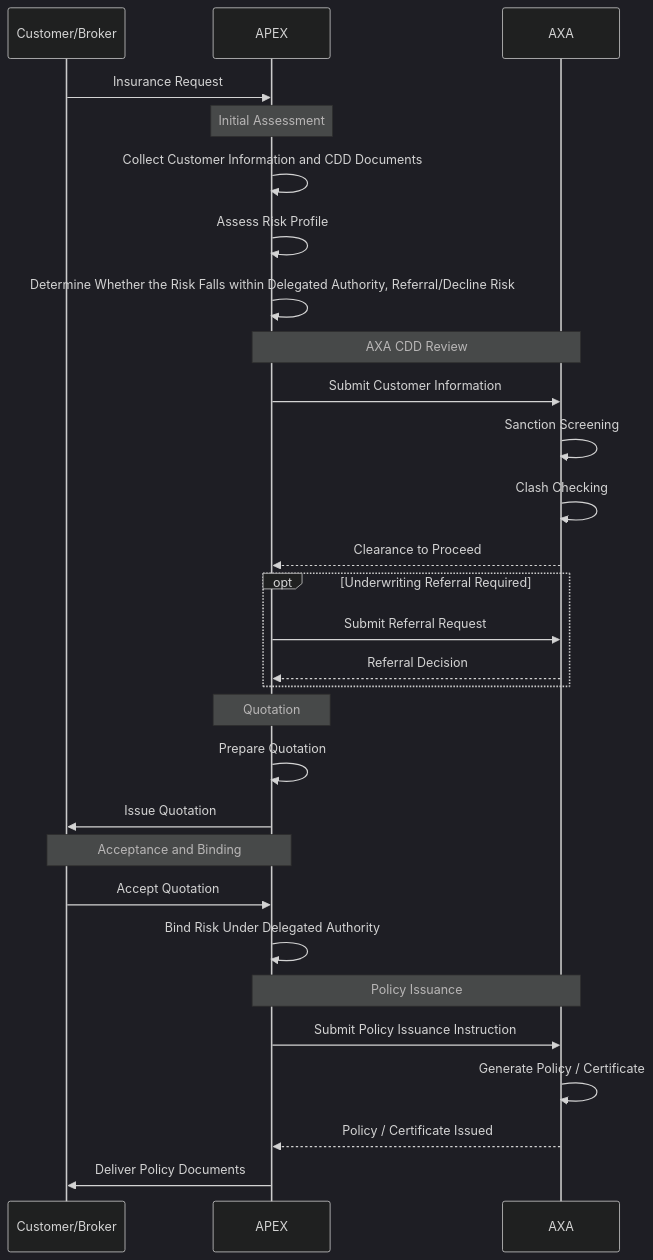
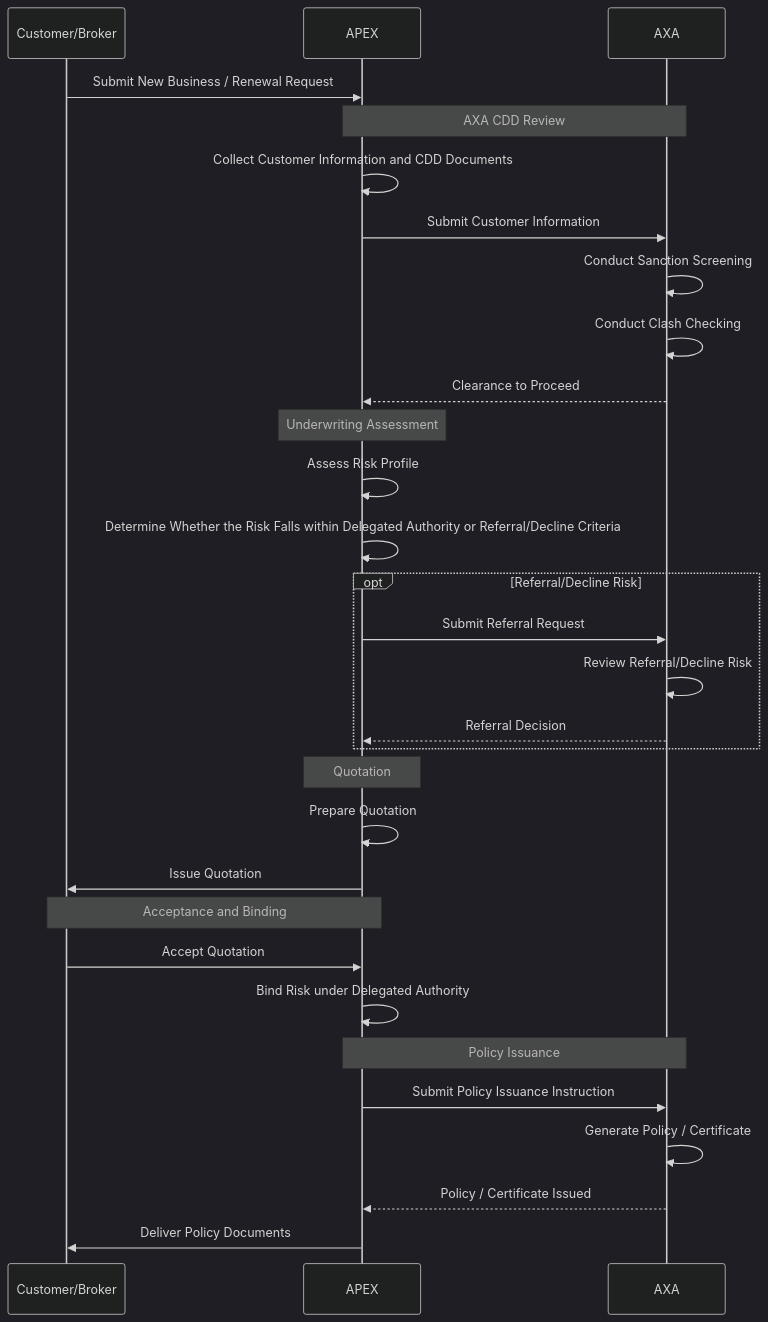
The diagram in Apex.md (raymwor-arch/Diagram), drawn with Mermaid (dark theme) before and after one commit.

````diff
--- a/Apex.md
+++ b/Apex.md
@@ -1,39 +1,47 @@
 ```mermaid
 sequenceDiagram
     participant Customer as Customer/Broker
     participant APEX
     participant AXA
 
-    Customer->>APEX: Insurance Request
+    Customer->>APEX: Submit New Business / Renewal Request
 
-    Note over APEX: Initial Assessment
+    Note over APEX,AXA: AXA CDD Review
+
     APEX->>APEX: Collect Customer Information and CDD Documents
-    APEX->>APEX: Assess Risk Profile
-    APEX->>APEX: Determine Whether the Risk Falls within Delegated Authority, Referral/Decline Risk
-    
-    Note over APEX,AXA: AXA CDD Review
     APEX->>AXA: Submit Customer Information
-    AXA->>AXA: Sanction Screening
-    AXA->>AXA: Clash Checking
+
+    AXA->>AXA: Conduct Sanction Screening
+    AXA->>AXA: Conduct Clash Checking
+
     AXA-->>APEX: Clearance to Proceed
 
-    opt Underwriting Referral Required
+    Note over APEX: Underwriting Assessment
+
+    APEX->>APEX: Assess Risk Profile
+    APEX->>APEX: Determine Whether the Risk Falls within Delegated Authority or Referral/Decline Criteria
+
+    opt Referral/Decline Risk
         APEX->>AXA: Submit Referral Request
+        AXA->>AXA: Review Referral/Decline Risk
         AXA-->>APEX: Referral Decision
     end
 
     Note over APEX: Quotation
+
     APEX->>APEX: Prepare Quotation
     APEX->>Customer: Issue Quotation
 
     Note over Customer,APEX: Acceptance and Binding
+
     Customer->>APEX: Accept Quotation
-    APEX->>APEX: Bind Risk Under Delegated Authority
+    APEX->>APEX: Bind Risk under Delegated Authority
 
     Note over APEX,AXA: Policy Issuance
+
     APEX->>AXA: Submit Policy Issuance Instruction
     AXA->>AXA: Generate Policy / Certificate
     AXA-->>APEX: Policy / Certificate Issued
 
     APEX->>Customer: Deliver Policy Documents
 ```    
````
